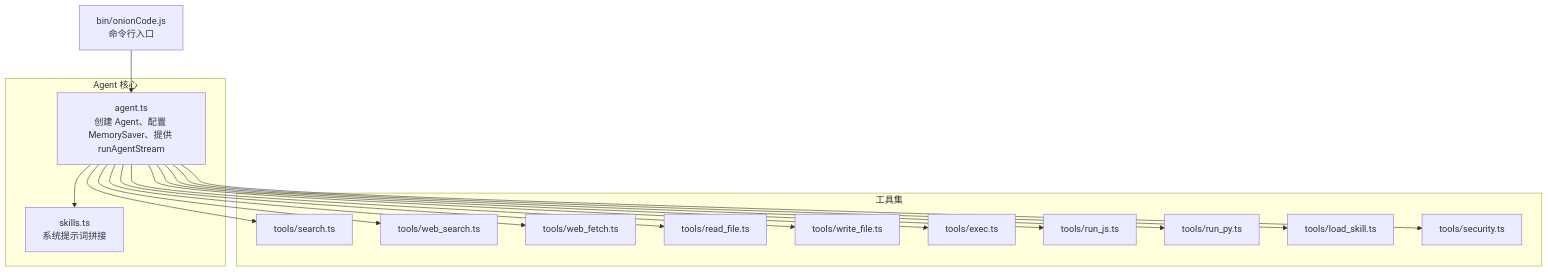
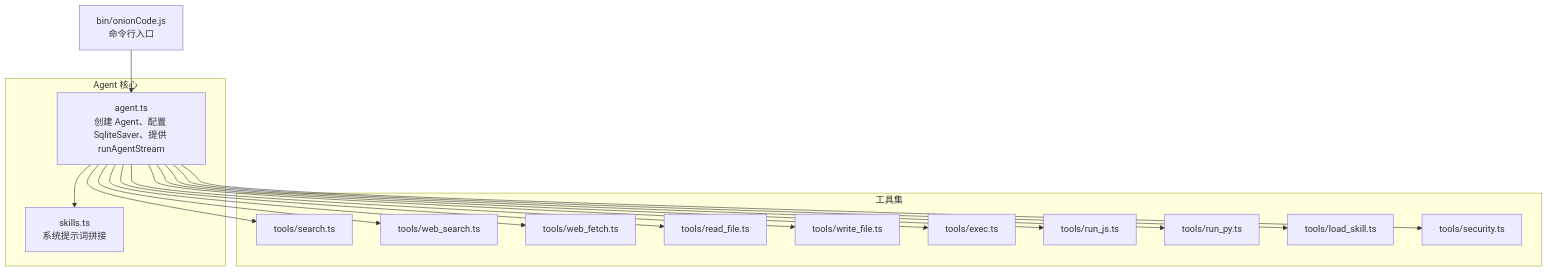
The first of 6 diagrams in .qoder/repowiki/zh/content/核心代理系统/会话管理机制.md (HAOFUYANG/onion-code), drawn with Mermaid before and after one commit. The commit also changed other lines of this file and 3 other files, not shown here.

````diff
--- a/.qoder/repowiki/zh/content/核心代理系统/会话管理机制.md
+++ b/.qoder/repowiki/zh/content/核心代理系统/会话管理机制.md
@@ -42,32 +42,32 @@
 ```mermaid
 graph TB
 subgraph "Agent 核心"
-AG["agent.ts<br/>创建 Agent、配置 MemorySaver、提供 runAgentStream"]
+AG["agent.ts<br/>创建 Agent、配置 SqliteSaver、提供 runAgentStream"]
 SK["skills.ts<br/>系统提示词拼接"]
 end
 subgraph "工具集"
 T1["tools/search.ts"]
 T2["tools/web_search.ts"]
 T3["tools/web_fetch.ts"]
 T4["tools/read_file.ts"]
 T5["tools/write_file.ts"]
 T6["tools/exec.ts"]
 T7["tools/run_js.ts"]
 T8["tools/run_py.ts"]
 T9["tools/load_skill.ts"]
 T10["tools/security.ts"]
 end
 BIN["bin/onionCode.js<br/>命令行入口"]
 BIN --> AG
 AG --> SK
 AG --> T1
 AG --> T2
 AG --> T3
 AG --> T4
 AG --> T5
 AG --> T6
 AG --> T7
 AG --> T8
 AG --> T9
 AG --> T10
 ```
````
